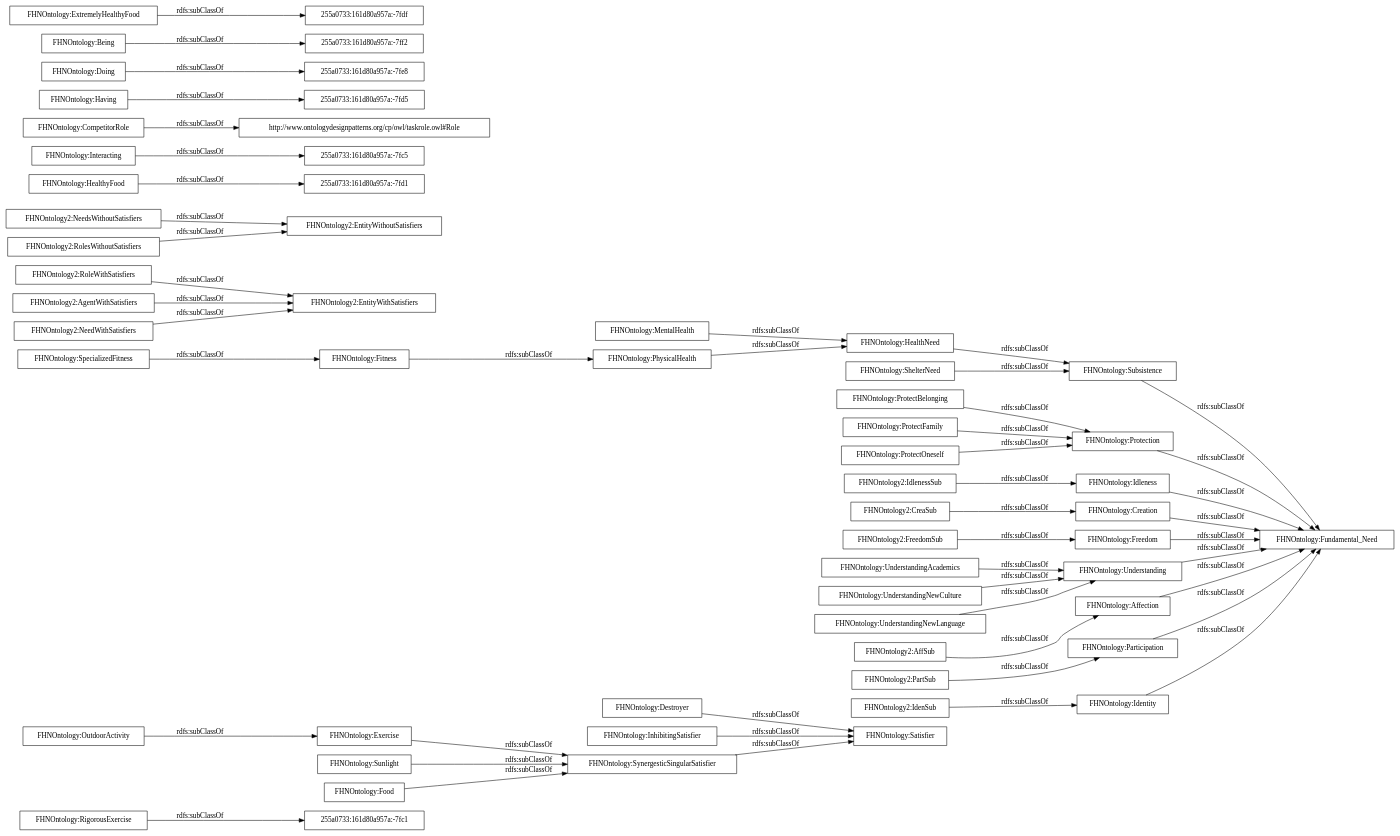
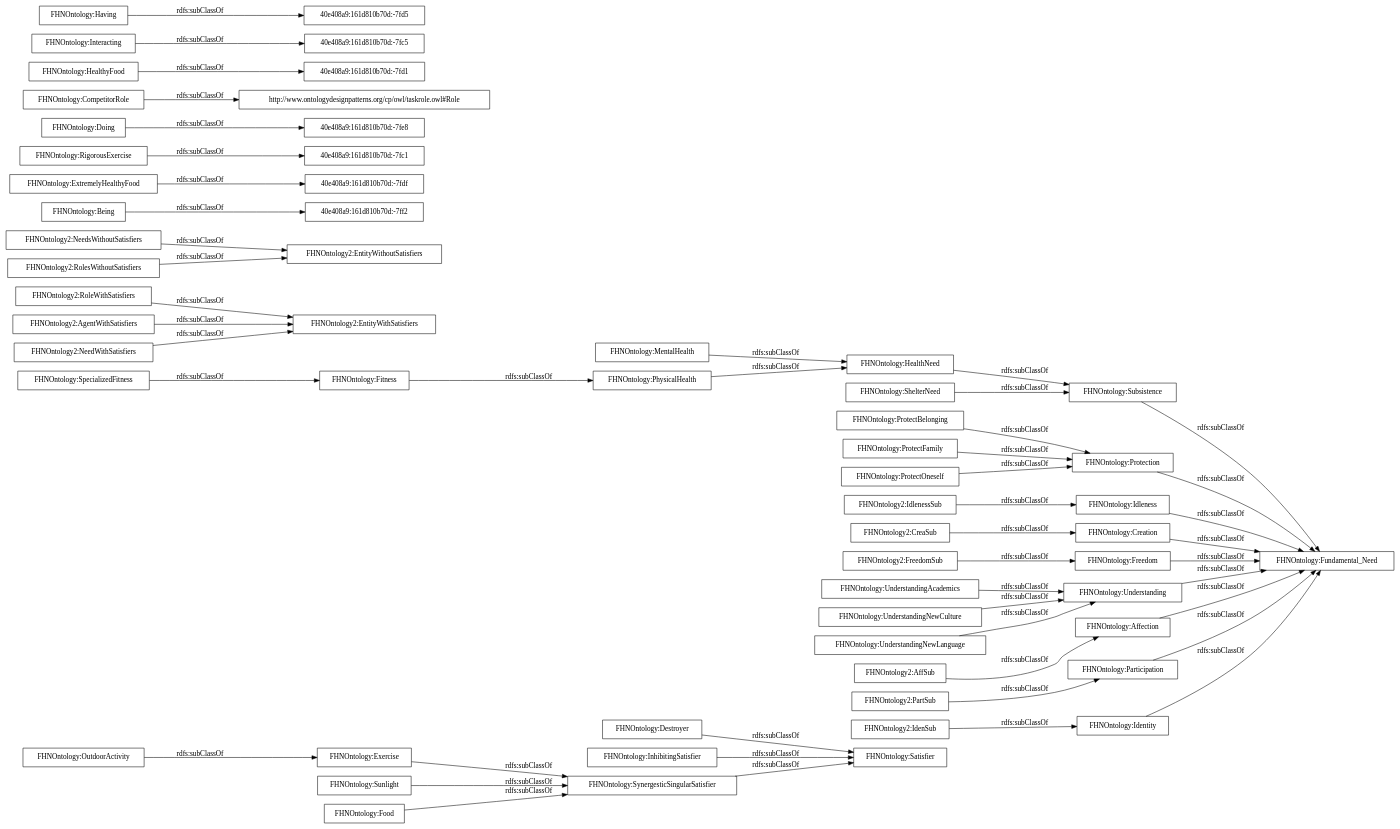
One commit to rana-othman/Huam-Affective-States-and-their-influences-Ontology-HASIO changed the diagram in OnToology/FHNOntology.owl/diagrams/ar2dtool-taxonomy/FHNOntology.owl.png.dot. Above: the diagram before and after it, drawn with Graphviz. The commit also changed 61 other files, not shown here.

```diff
--- a/OnToology/FHNOntology.owl/diagrams/ar2dtool-taxonomy/FHNOntology.owl.png.dot
+++ b/OnToology/FHNOntology.owl/diagrams/ar2dtool-taxonomy/FHNOntology.owl.png.dot
@@ -1,53 +1,53 @@
 digraph ar2dtool_diagram { 
 rankdir=LR;
 size="1000"
-node [shape = rectangle, color="black"]; "255a0733:161d80a957a:-7fc1" "FHNOntology:SynergesticSingularSatisfier" "FHNOntology:Identity" "FHNOntology2:EntityWithSatisfiers" "FHNOntology2:FreedomSub" "FHNOntology2:NeedsWithoutSatisfiers" "FHNOntology:Exercise" "FHNOntology:ProtectBelonging" "FHNOntology:ProtectFamily" "FHNOntology:Destroyer" "FHNOntology2:IdenSub" "FHNOntology:Subsistence" "FHNOntology:OutdoorActivity" "255a0733:161d80a957a:-7fd1" "FHNOntology2:RolesWithoutSatisfiers" "FHNOntology2:CreaSub" "FHNOntology:RigorousExercise" "FHNOntology2:PartSub" "FHNOntology2:RoleWithSatisfiers" "FHNOntology:Fitness" "FHNOntology:Protection" "FHNOntology:Fundamental_Need" "FHNOntology:SpecializedFitness" "255a0733:161d80a957a:-7fc5" "FHNOntology2:EntityWithoutSatisfiers" "FHNOntology2:IdlenessSub" "http://www.ontologydesignpatterns.org/cp/owl/taskrole.owl#Role" "FHNOntology:UnderstandingAcademics" "FHNOntology:InhibitingSatisfier" "255a0733:161d80a957a:-7fd5" "255a0733:161d80a957a:-7fe8" "FHNOntology:Idleness" "FHNOntology:Creation" "FHNOntology:Being" "FHNOntology:Freedom" "FHNOntology:UnderstandingNewCulture" "FHNOntology:MentalHealth" "FHNOntology:Understanding" "255a0733:161d80a957a:-7ff2" "FHNOntology:HealthyFood" "FHNOntology:Affection" "FHNOntology:Satisfier" "255a0733:161d80a957a:-7fdf" "FHNOntology2:AgentWithSatisfiers" "FHNOntology:UnderstandingNewLanguage" "FHNOntology:HealthNeed" "FHNOntology2:NeedWithSatisfiers" "FHNOntology:PhysicalHealth" "FHNOntology:Doing" "FHNOntology:Interacting" "FHNOntology2:AffSub" "FHNOntology:ShelterNeed" "FHNOntology:CompetitorRole" "FHNOntology:Having" "FHNOntology:ProtectOneself" "FHNOntology:Sunlight" "FHNOntology:Food" "FHNOntology:Participation" "FHNOntology:ExtremelyHealthyFood" ; /*classes style*/
-	"FHNOntology:Interacting" -> "255a0733:161d80a957a:-7fc5" [ label = "rdfs:subClassOf" ];
+node [shape = rectangle, color="black"]; "FHNOntology:SynergesticSingularSatisfier" "FHNOntology:Identity" "FHNOntology2:EntityWithSatisfiers" "FHNOntology2:FreedomSub" "FHNOntology2:NeedsWithoutSatisfiers" "40e408a9:161d810b70d:-7ff2" "FHNOntology:Exercise" "FHNOntology:ProtectBelonging" "FHNOntology:ProtectFamily" "FHNOntology:Destroyer" "40e408a9:161d810b70d:-7fdf" "FHNOntology2:IdenSub" "FHNOntology:Subsistence" "FHNOntology:OutdoorActivity" "FHNOntology2:RolesWithoutSatisfiers" "40e408a9:161d810b70d:-7fc1" "FHNOntology2:CreaSub" "FHNOntology:RigorousExercise" "FHNOntology2:PartSub" "FHNOntology2:RoleWithSatisfiers" "FHNOntology:Fitness" "FHNOntology:Protection" "40e408a9:161d810b70d:-7fe8" "FHNOntology:Fundamental_Need" "FHNOntology:SpecializedFitness" "FHNOntology2:EntityWithoutSatisfiers" "FHNOntology2:IdlenessSub" "http://www.ontologydesignpatterns.org/cp/owl/taskrole.owl#Role" "FHNOntology:UnderstandingAcademics" "FHNOntology:InhibitingSatisfier" "FHNOntology:Idleness" "FHNOntology:Creation" "40e408a9:161d810b70d:-7fd1" "FHNOntology:Being" "FHNOntology:Freedom" "FHNOntology:UnderstandingNewCulture" "FHNOntology:MentalHealth" "FHNOntology:Understanding" "FHNOntology:HealthyFood" "40e408a9:161d810b70d:-7fc5" "FHNOntology:Affection" "FHNOntology:Satisfier" "FHNOntology2:AgentWithSatisfiers" "FHNOntology:UnderstandingNewLanguage" "FHNOntology:HealthNeed" "FHNOntology2:NeedWithSatisfiers" "FHNOntology:PhysicalHealth" "FHNOntology:Doing" "FHNOntology:Interacting" "FHNOntology2:AffSub" "FHNOntology:ShelterNeed" "FHNOntology:CompetitorRole" "FHNOntology:Having" "FHNOntology:ProtectOneself" "FHNOntology:Sunlight" "FHNOntology:Food" "40e408a9:161d810b70d:-7fd5" "FHNOntology:Participation" "FHNOntology:ExtremelyHealthyFood" ; /*classes style*/
+	"FHNOntology:Interacting" -> "40e408a9:161d810b70d:-7fc5" [ label = "rdfs:subClassOf" ];
 	"FHNOntology:UnderstandingNewCulture" -> "FHNOntology:Understanding" [ label = "rdfs:subClassOf" ];
 	"FHNOntology:PhysicalHealth" -> "FHNOntology:HealthNeed" [ label = "rdfs:subClassOf" ];
 	"FHNOntology:Creation" -> "FHNOntology:Fundamental_Need" [ label = "rdfs:subClassOf" ];
 	"FHNOntology:Exercise" -> "FHNOntology:SynergesticSingularSatisfier" [ label = "rdfs:subClassOf" ];
 	"FHNOntology:Food" -> "FHNOntology:SynergesticSingularSatisfier" [ label = "rdfs:subClassOf" ];
 	"FHNOntology:Affection" -> "FHNOntology:Fundamental_Need" [ label = "rdfs:subClassOf" ];
 	"FHNOntology:Identity" -> "FHNOntology:Fundamental_Need" [ label = "rdfs:subClassOf" ];
 	"FHNOntology:UnderstandingAcademics" -> "FHNOntology:Understanding" [ label = "rdfs:subClassOf" ];
 	"FHNOntology2:FreedomSub" -> "FHNOntology:Freedom" [ label = "rdfs:subClassOf" ];
 	"FHNOntology2:RolesWithoutSatisfiers" -> "FHNOntology2:EntityWithoutSatisfiers" [ label = "rdfs:subClassOf" ];
 	"FHNOntology:InhibitingSatisfier" -> "FHNOntology:Satisfier" [ label = "rdfs:subClassOf" ];
-	"FHNOntology:Being" -> "255a0733:161d80a957a:-7ff2" [ label = "rdfs:subClassOf" ];
+	"FHNOntology:Being" -> "40e408a9:161d810b70d:-7ff2" [ label = "rdfs:subClassOf" ];
 	"FHNOntology2:NeedWithSatisfiers" -> "FHNOntology2:EntityWithSatisfiers" [ label = "rdfs:subClassOf" ];
 	"FHNOntology:Subsistence" -> "FHNOntology:Fundamental_Need" [ label = "rdfs:subClassOf" ];
 	"FHNOntology:Participation" -> "FHNOntology:Fundamental_Need" [ label = "rdfs:subClassOf" ];
-	"FHNOntology:Doing" -> "255a0733:161d80a957a:-7fe8" [ label = "rdfs:subClassOf" ];
+	"FHNOntology:Doing" -> "40e408a9:161d810b70d:-7fe8" [ label = "rdfs:subClassOf" ];
 	"FHNOntology:SpecializedFitness" -> "FHNOntology:Fitness" [ label = "rdfs:subClassOf" ];
 	"FHNOntology:ShelterNeed" -> "FHNOntology:Subsistence" [ label = "rdfs:subClassOf" ];
 	"FHNOntology:Understanding" -> "FHNOntology:Fundamental_Need" [ label = "rdfs:subClassOf" ];
 	"FHNOntology:Fitness" -> "FHNOntology:PhysicalHealth" [ label = "rdfs:subClassOf" ];
 	"FHNOntology:UnderstandingNewLanguage" -> "FHNOntology:Understanding" [ label = "rdfs:subClassOf" ];
 	"FHNOntology:Destroyer" -> "FHNOntology:Satisfier" [ label = "rdfs:subClassOf" ];
 	"FHNOntology2:RoleWithSatisfiers" -> "FHNOntology2:EntityWithSatisfiers" [ label = "rdfs:subClassOf" ];
 	"FHNOntology:CompetitorRole" -> "http://www.ontologydesignpatterns.org/cp/owl/taskrole.owl#Role" [ label = "rdfs:subClassOf" ];
 	"FHNOntology:ProtectFamily" -> "FHNOntology:Protection" [ label = "rdfs:subClassOf" ];
 	"FHNOntology:MentalHealth" -> "FHNOntology:HealthNeed" [ label = "rdfs:subClassOf" ];
 	"FHNOntology2:AgentWithSatisfiers" -> "FHNOntology2:EntityWithSatisfiers" [ label = "rdfs:subClassOf" ];
 	"FHNOntology2:PartSub" -> "FHNOntology:Participation" [ label = "rdfs:subClassOf" ];
 	"FHNOntology2:NeedsWithoutSatisfiers" -> "FHNOntology2:EntityWithoutSatisfiers" [ label = "rdfs:subClassOf" ];
 	"FHNOntology:Protection" -> "FHNOntology:Fundamental_Need" [ label = "rdfs:subClassOf" ];
 	"FHNOntology2:IdlenessSub" -> "FHNOntology:Idleness" [ label = "rdfs:subClassOf" ];
 	"FHNOntology:ProtectOneself" -> "FHNOntology:Protection" [ label = "rdfs:subClassOf" ];
 	"FHNOntology2:IdenSub" -> "FHNOntology:Identity" [ label = "rdfs:subClassOf" ];
 	"FHNOntology2:AffSub" -> "FHNOntology:Affection" [ label = "rdfs:subClassOf" ];
 	"FHNOntology:SynergesticSingularSatisfier" -> "FHNOntology:Satisfier" [ label = "rdfs:subClassOf" ];
 	"FHNOntology:OutdoorActivity" -> "FHNOntology:Exercise" [ label = "rdfs:subClassOf" ];
 	"FHNOntology:Freedom" -> "FHNOntology:Fundamental_Need" [ label = "rdfs:subClassOf" ];
 	"FHNOntology:HealthNeed" -> "FHNOntology:Subsistence" [ label = "rdfs:subClassOf" ];
 	"FHNOntology2:CreaSub" -> "FHNOntology:Creation" [ label = "rdfs:subClassOf" ];
-	"FHNOntology:RigorousExercise" -> "255a0733:161d80a957a:-7fc1" [ label = "rdfs:subClassOf" ];
-	"FHNOntology:ExtremelyHealthyFood" -> "255a0733:161d80a957a:-7fdf" [ label = "rdfs:subClassOf" ];
-	"FHNOntology:Having" -> "255a0733:161d80a957a:-7fd5" [ label = "rdfs:subClassOf" ];
+	"FHNOntology:RigorousExercise" -> "40e408a9:161d810b70d:-7fc1" [ label = "rdfs:subClassOf" ];
+	"FHNOntology:ExtremelyHealthyFood" -> "40e408a9:161d810b70d:-7fdf" [ label = "rdfs:subClassOf" ];
+	"FHNOntology:Having" -> "40e408a9:161d810b70d:-7fd5" [ label = "rdfs:subClassOf" ];
 	"FHNOntology:Idleness" -> "FHNOntology:Fundamental_Need" [ label = "rdfs:subClassOf" ];
 	"FHNOntology:ProtectBelonging" -> "FHNOntology:Protection" [ label = "rdfs:subClassOf" ];
 	"FHNOntology:Sunlight" -> "FHNOntology:SynergesticSingularSatisfier" [ label = "rdfs:subClassOf" ];
-	"FHNOntology:HealthyFood" -> "255a0733:161d80a957a:-7fd1" [ label = "rdfs:subClassOf" ];
+	"FHNOntology:HealthyFood" -> "40e408a9:161d810b70d:-7fd1" [ label = "rdfs:subClassOf" ];
 
 }
```
